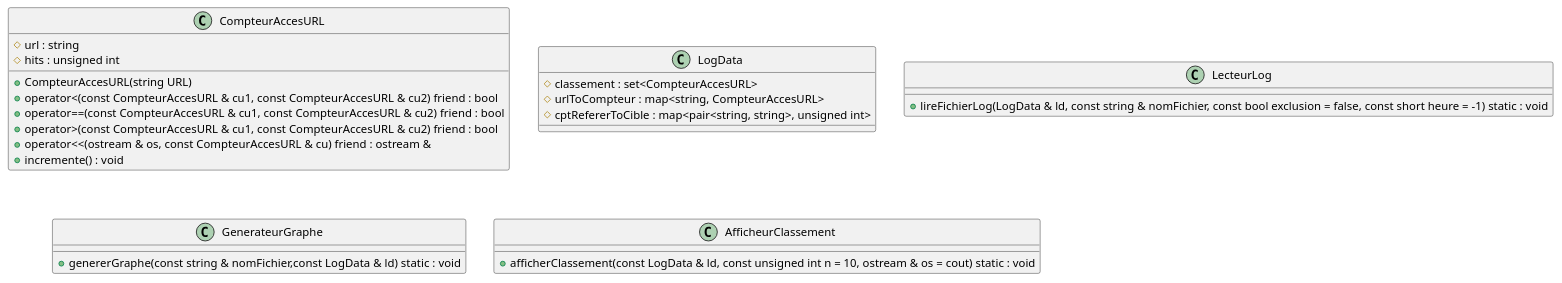
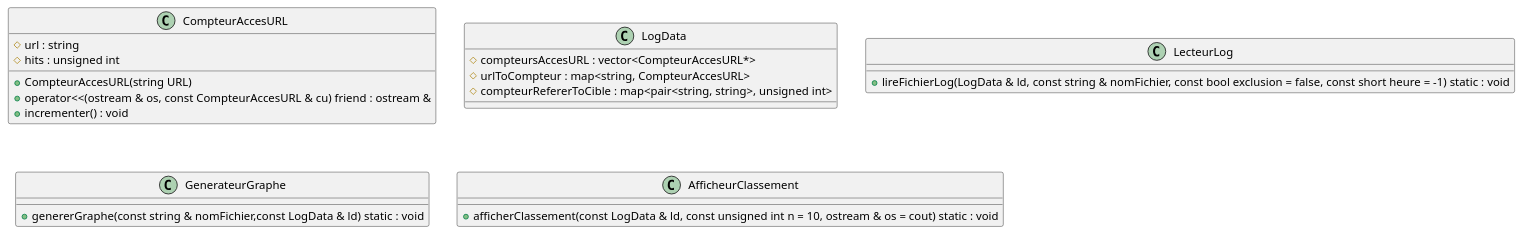
The diagram in doc/diagramme_classe.pu (cjaverliat/analyse-log), drawn with PlantUML before and after one commit. The commit also changed 22 other files, not shown here.

Commit message:
feat/Add top n + graph generation

```diff
--- a/doc/diagramme_classe.pu
+++ b/doc/diagramme_classe.pu
@@ -1,32 +1,29 @@
 @startuml
 
 class CompteurAccesURL {
 	#url : string
 	#hits : unsigned int
 	+CompteurAccesURL(string URL)
-	+operator<(const CompteurAccesURL & cu1, const CompteurAccesURL & cu2) friend : bool
-	+operator==(const CompteurAccesURL & cu1, const CompteurAccesURL & cu2) friend : bool
-	+operator>(const CompteurAccesURL & cu1, const CompteurAccesURL & cu2) friend : bool
 	+operator<<(ostream & os, const CompteurAccesURL & cu) friend : ostream &
-	+incremente() : void
+	+incrementer() : void
 }
 
 class LogData {
-	#classement : set<CompteurAccesURL>
+	#compteursAccesURL : vector<CompteurAccesURL*>
 	#urlToCompteur : map<string, CompteurAccesURL>
-	#cptRefererToCible : map<pair<string, string>, unsigned int>
+	#compteurRefererToCible : map<pair<string, string>, unsigned int>
 }
 
 class LecteurLog {
 	+lireFichierLog(LogData & ld, const string & nomFichier, const bool exclusion = false, const short heure = -1) static : void
 }
 
 class GenerateurGraphe {
 	+genererGraphe(const string & nomFichier,const LogData & ld) static : void
 }
 
 class AfficheurClassement {
 	+afficherClassement(const LogData & ld, const unsigned int n = 10, ostream & os = cout) static : void
 }
 
 @enduml
```
